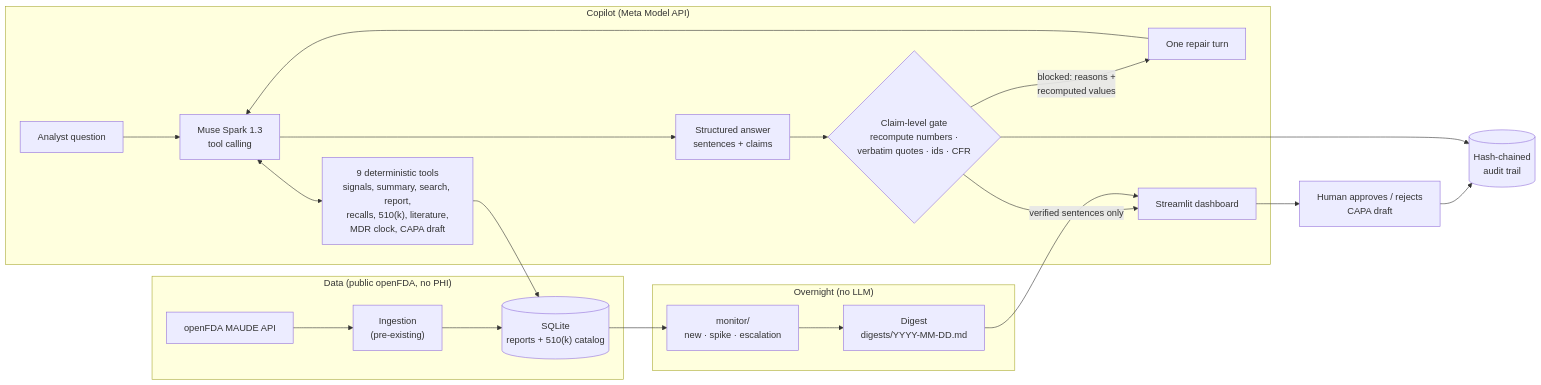
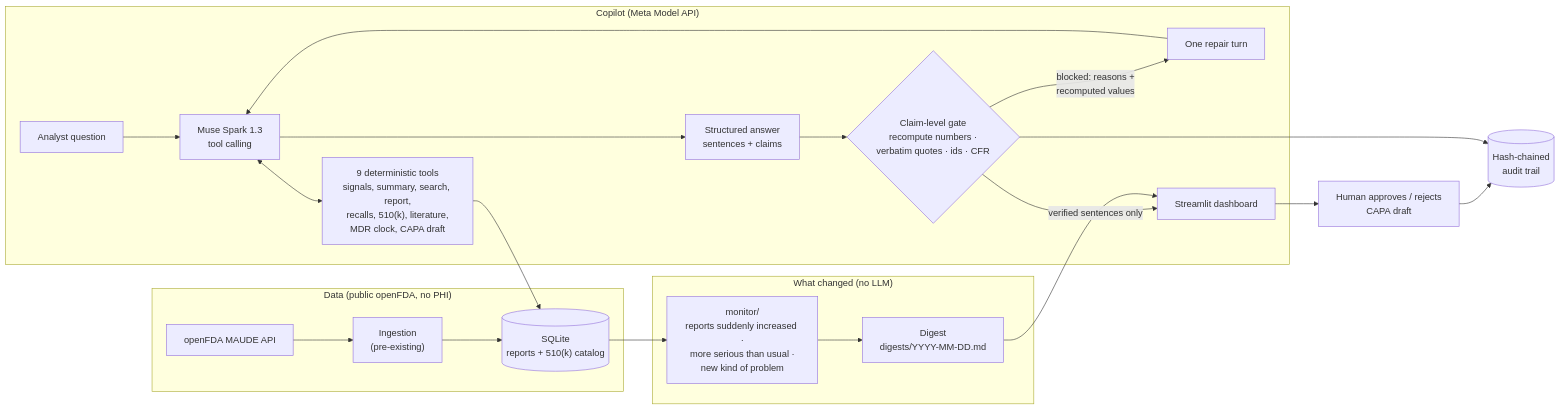
One commit to kondapallysaicharan63-bot/maudesignal changed the diagram in docs/architecture.mmd. Above: the diagram before and after it, drawn with Mermaid. The commit also changed 38 other files, not shown here.

```diff
--- a/docs/architecture.mmd
+++ b/docs/architecture.mmd
@@ -1,26 +1,26 @@
 flowchart LR
     subgraph data["Data (public openFDA, no PHI)"]
         FDA["openFDA MAUDE API"] --> ING["Ingestion<br/>(pre-existing)"]
         ING --> DB[("SQLite<br/>reports + 510(k) catalog")]
     end
 
-    subgraph overnight["Overnight (no LLM)"]
-        DB --> MON["monitor/<br/>new · spike · escalation"]
+    subgraph changes["What changed (no LLM)"]
+        DB --> MON["monitor/<br/>reports suddenly increased ·<br/>more serious than usual ·<br/>new kind of problem"]
         MON --> DIG["Digest<br/>digests/YYYY-MM-DD.md"]
     end
 
     subgraph copilot["Copilot (Meta Model API)"]
         Q["Analyst question"] --> SPARK["Muse Spark 1.3<br/>tool calling"]
         SPARK <--> TOOLS["9 deterministic tools<br/>signals, summary, search, report,<br/>recalls, 510(k), literature,<br/>MDR clock, CAPA draft"]
         TOOLS --> DB
         SPARK --> ANS["Structured answer<br/>sentences + claims"]
         ANS --> GATE{"Claim-level gate<br/>recompute numbers ·<br/>verbatim quotes · ids · CFR"}
         GATE -- "blocked: reasons +<br/>recomputed values" --> REPAIR["One repair turn"]
         REPAIR --> SPARK
         GATE -- "verified sentences only" --> UI["Streamlit dashboard"]
     end
 
     DIG --> UI
     UI --> ACT["Human approves / rejects<br/>CAPA draft"]
     ACT --> AUDIT[("Hash-chained<br/>audit trail")]
     GATE --> AUDIT
```
